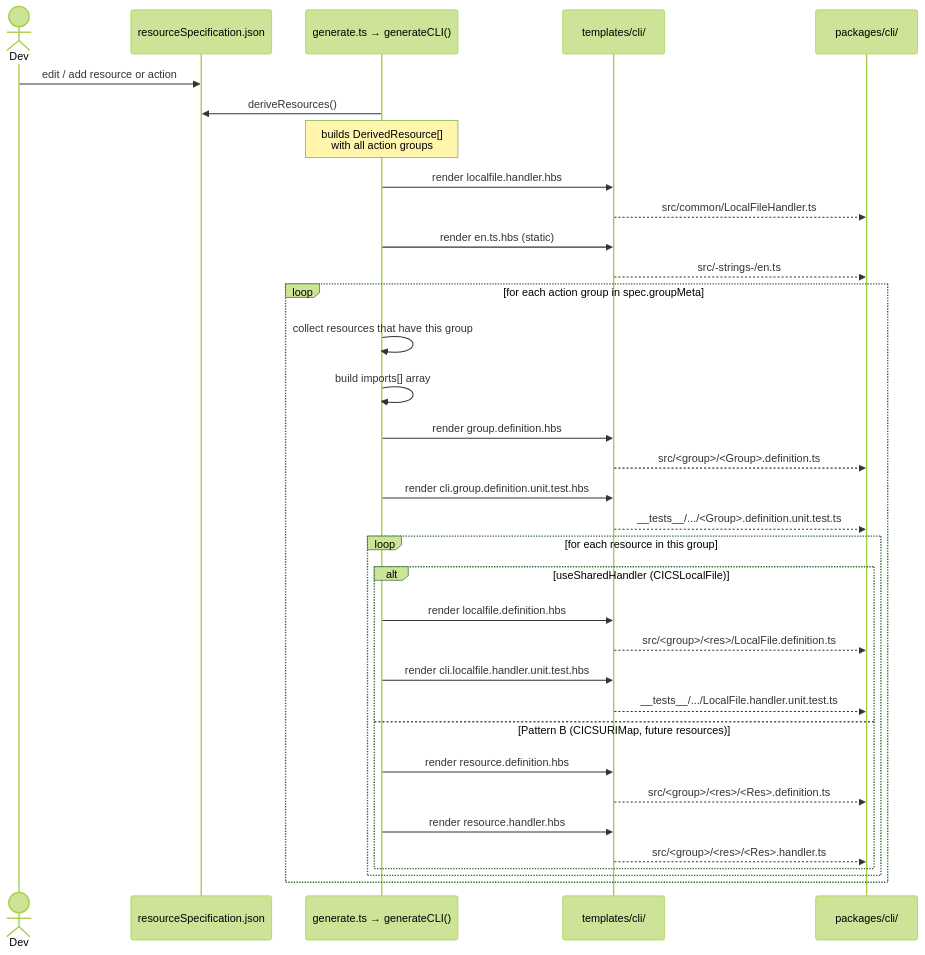
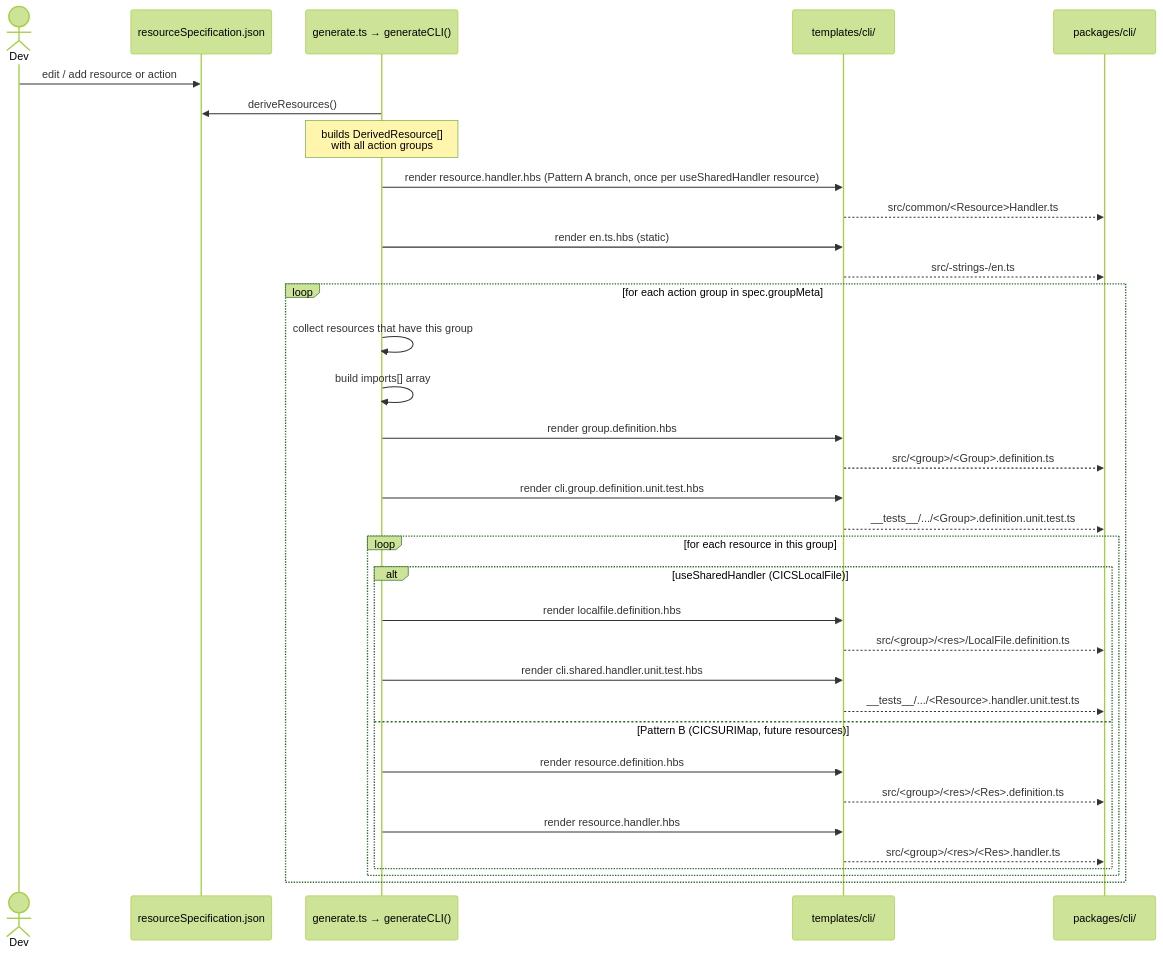
The tenth of 13 diagrams in codegen/docs/CLI_CODEGEN_ROADMAP.md (zowe/cics-for-zowe-client), drawn with Mermaid (forest theme) before and after one commit. The commit also changed other lines of this file and 8 other files, not shown here.

````diff
--- a/codegen/docs/CLI_CODEGEN_ROADMAP.md
+++ b/codegen/docs/CLI_CODEGEN_ROADMAP.md
@@ -501,44 +499,44 @@
 ```mermaid
 sequenceDiagram
     actor Dev
     participant Spec as resourceSpecification.json
     participant Gen as generate.ts → generateCLI()
     participant Tpl as templates/cli/
     participant CLI as packages/cli/
 
     Dev->>Spec: edit / add resource or action
 
     Gen->>Spec: deriveResources()
     Note over Gen: builds DerivedResource[]<br/>with all action groups
 
-    Gen->>Tpl: render localfile.handler.hbs
-    Tpl-->>CLI: src/common/LocalFileHandler.ts
+    Gen->>Tpl: render resource.handler.hbs (Pattern A branch, once per useSharedHandler resource)
+    Tpl-->>CLI: src/common/<Resource>Handler.ts
 
     Gen->>Tpl: render en.ts.hbs (static)
     Tpl-->>CLI: src/-strings-/en.ts
 
     loop for each action group in spec.groupMeta
         Gen->>Gen: collect resources that have this group
         Gen->>Gen: build imports[] array
 
         Gen->>Tpl: render group.definition.hbs
         Tpl-->>CLI: src/<group>/<Group>.definition.ts
 
         Gen->>Tpl: render cli.group.definition.unit.test.hbs
         Tpl-->>CLI: __tests__/.../<Group>.definition.unit.test.ts
 
         loop for each resource in this group
             alt useSharedHandler (CICSLocalFile)
                 Gen->>Tpl: render localfile.definition.hbs
                 Tpl-->>CLI: src/<group>/<res>/LocalFile.definition.ts
-                Gen->>Tpl: render cli.localfile.handler.unit.test.hbs
-                Tpl-->>CLI: __tests__/.../LocalFile.handler.unit.test.ts
+                Gen->>Tpl: render cli.shared.handler.unit.test.hbs
+                Tpl-->>CLI: __tests__/.../<Resource>.handler.unit.test.ts
             else Pattern B (CICSURIMap, future resources)
                 Gen->>Tpl: render resource.definition.hbs
                 Tpl-->>CLI: src/<group>/<res>/<Res>.definition.ts
                 Gen->>Tpl: render resource.handler.hbs
                 Tpl-->>CLI: src/<group>/<res>/<Res>.handler.ts
             end
         end
     end
 ```
````
